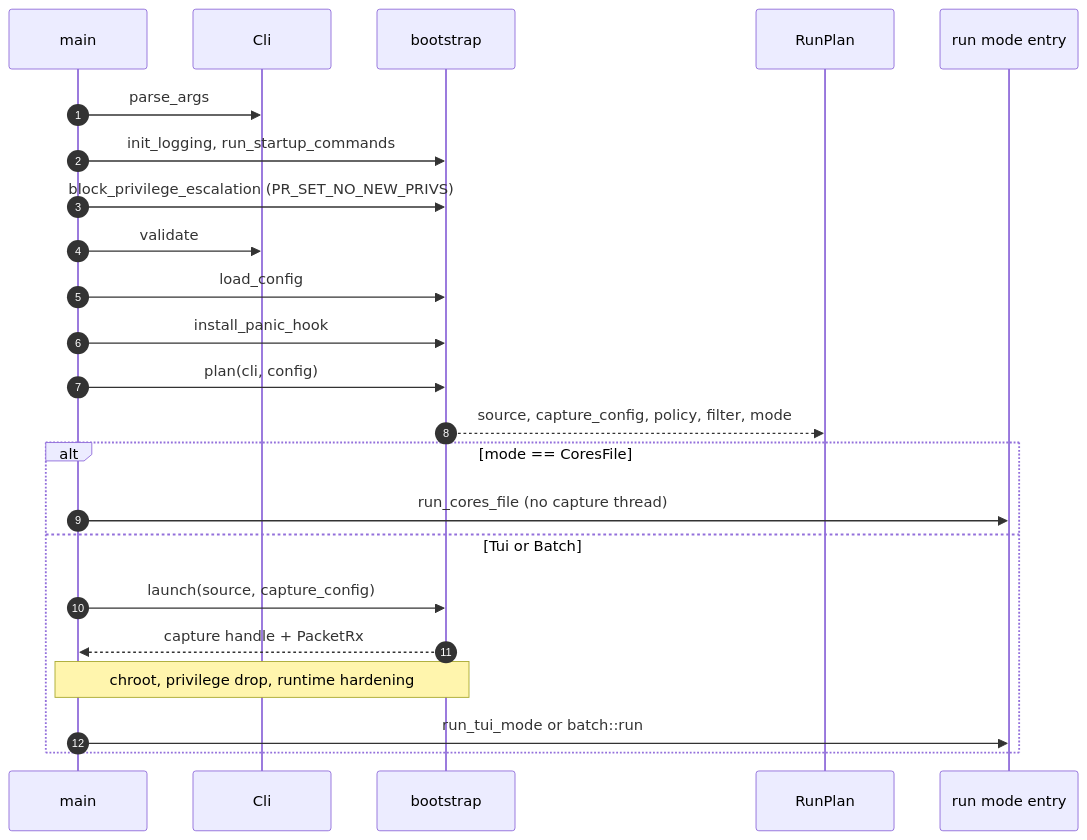
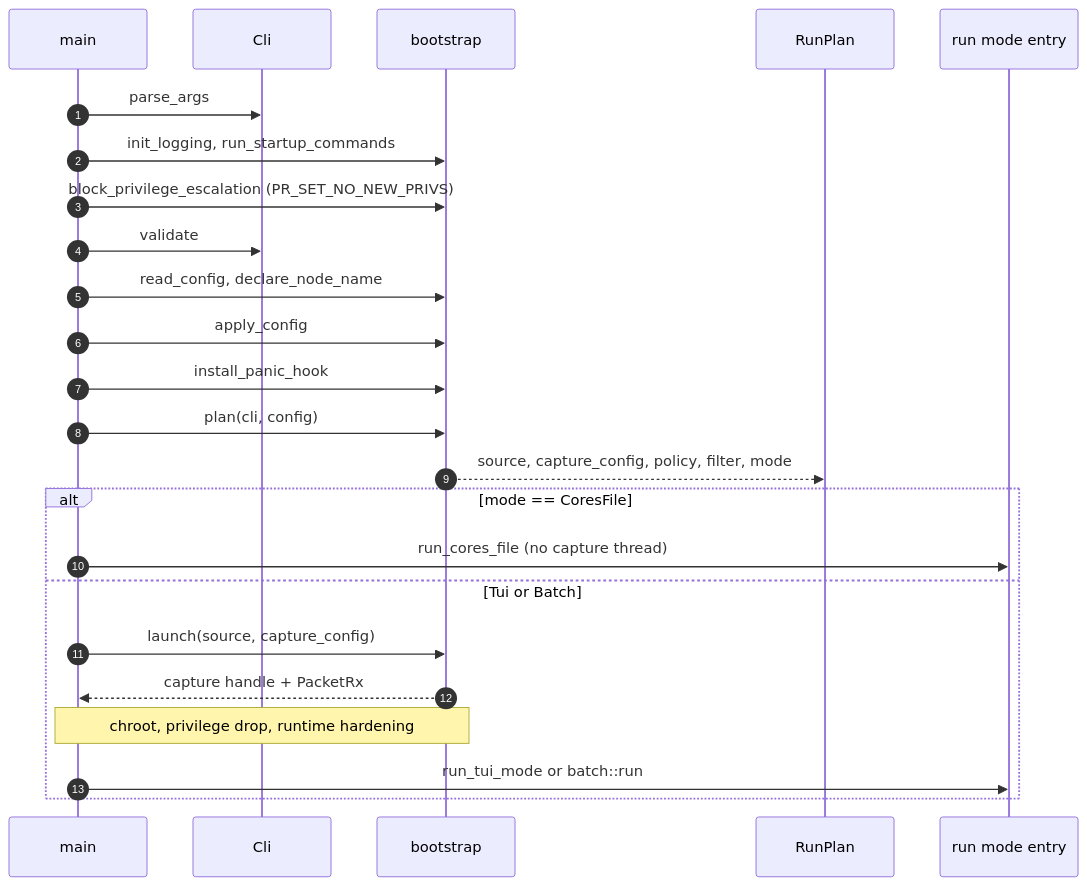
The first of 4 diagrams in docs/internals/subsystem-guide.md (NormB/sipnab), drawn with Mermaid before and after one commit. The commit also changed 22 other files, not shown here.

````diff
--- a/docs/internals/subsystem-guide.md
+++ b/docs/internals/subsystem-guide.md
@@ -12,26 +12,27 @@
 ```mermaid
 sequenceDiagram
     autonumber
     participant Main as main
     participant Cli
     participant Boot as bootstrap
     participant Plan as RunPlan
     participant Mode as run mode entry
 
     Main->>Cli: parse_args
     Main->>Boot: init_logging, run_startup_commands
     Main->>Boot: block_privilege_escalation (PR_SET_NO_NEW_PRIVS)
     Main->>Cli: validate
-    Main->>Boot: load_config
+    Main->>Boot: read_config, declare_node_name
+    Main->>Boot: apply_config
     Main->>Boot: install_panic_hook
     Main->>Boot: plan(cli, config)
     Boot-->>Plan: source, capture_config, policy, filter, mode
     alt mode == CoresFile
         Main->>Mode: run_cores_file (no capture thread)
     else Tui or Batch
         Main->>Boot: launch(source, capture_config)
         Boot-->>Main: capture handle + PacketRx
         Note over Boot,Main: chroot, privilege drop, runtime hardening
         Main->>Mode: run_tui_mode or batch::run
     end
 ```
````
